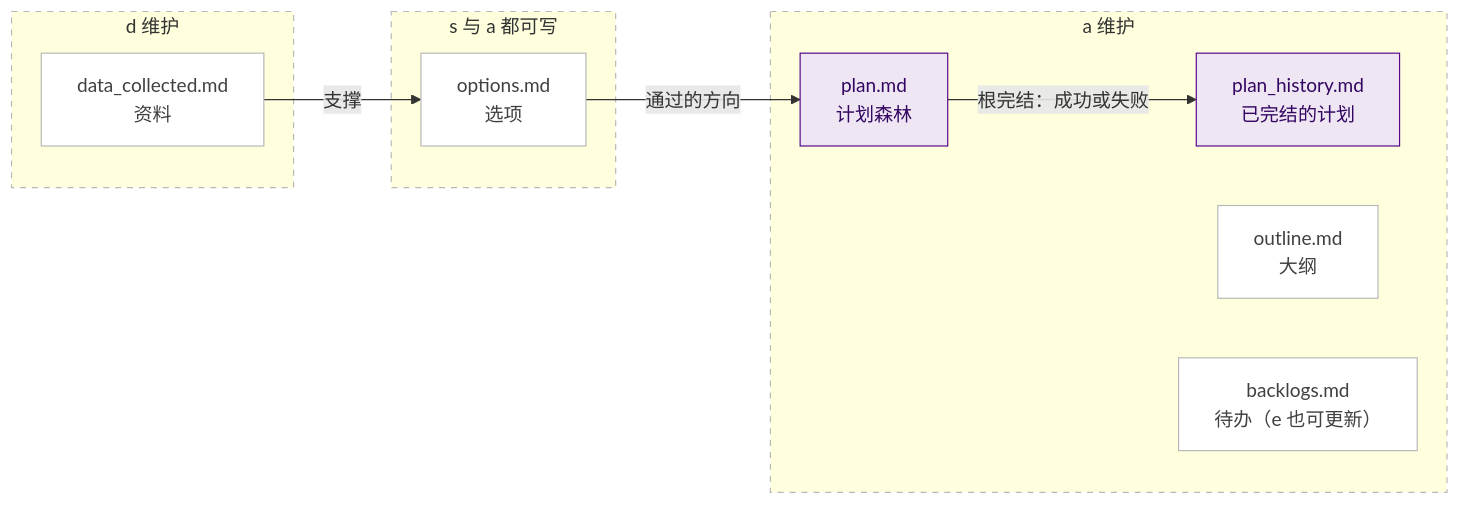
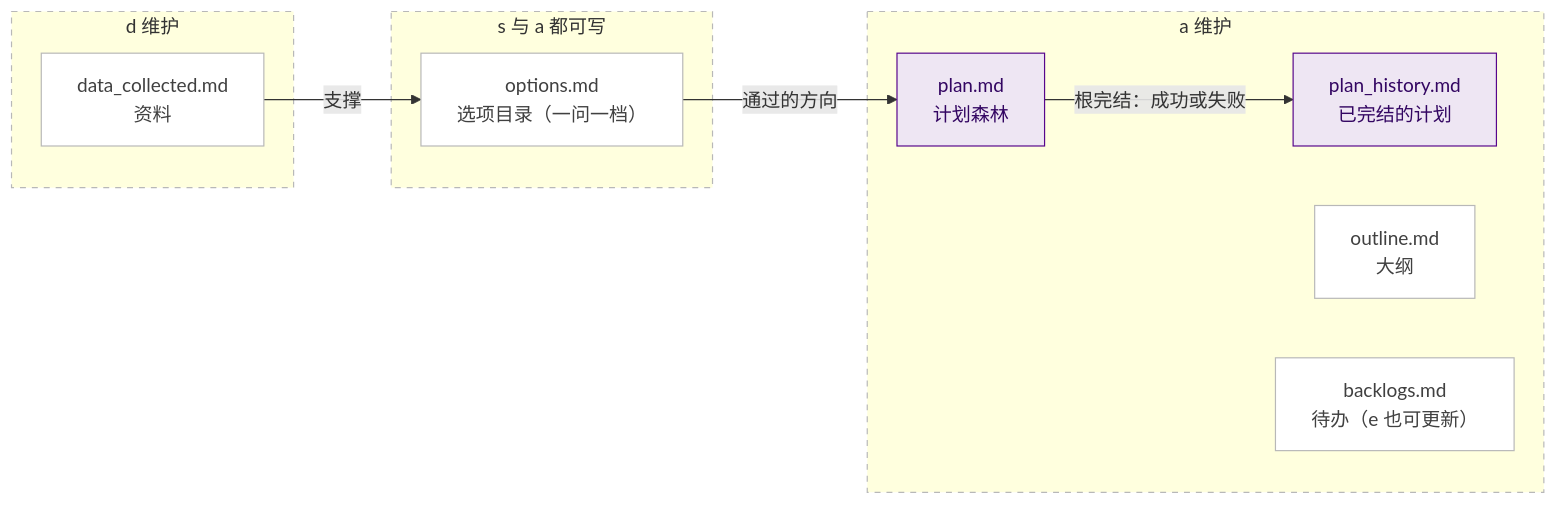
One commit to asj252/persona-masks-cn changed the second of 2 diagrams in README.md. Above: the diagram before and after it, drawn with Mermaid. The commit also changed other lines of this file and 16 other files, not shown here.

````diff
--- a/README.md
+++ b/README.md
@@ -57,25 +57,25 @@
 ```mermaid
 flowchart LR
   subgraph collector["d 维护"]
     DC["data_collected.md<br/>资料"]
   end
   subgraph seeker["s 与 a 都可写"]
-    OP["options.md<br/>选项"]
+    OP["options.md<br/>选项目录（一问一档）"]
   end
   subgraph architect["a 维护"]
     P["plan.md<br/>计划森林"]
     H["plan_history.md<br/>已完结的计划"]
     O["outline.md<br/>大纲"]
     B["backlogs.md<br/>待办（e 也可更新）"]
   end
   DC -->|"支撑"| OP
   OP -->|"通过的方向"| P
   P -->|"根完结：成功或失败"| H
   classDef box fill:#FFFFFF,stroke:#B8B8B8,color:#404040
   classDef key fill:#EEE6F3,stroke:#57068C,color:#330662
   class DC,OP,O,B box
   class P,H key
   style collector stroke:#B8B8B8,stroke-dasharray:5 5
   style seeker stroke:#B8B8B8,stroke-dasharray:5 5
   style architect stroke:#B8B8B8,stroke-dasharray:5 5
 ```
````
